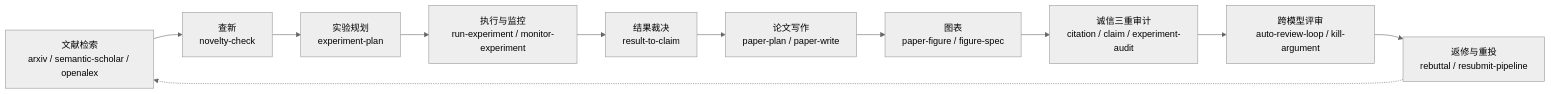
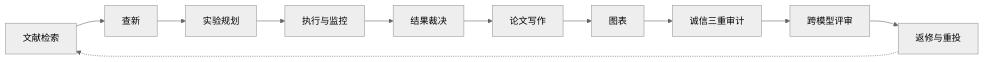
The diagram in README.md (jiangfeng-strathclyde/Athena), drawn with Mermaid (neutral theme) before and after one commit. The commit also changed other lines of this file and 1 other file, not shown here.

````diff
--- a/README.md
+++ b/README.md
@@ -29,13 +125,13 @@
 ```mermaid
 flowchart LR
-  A[文献检索<br/>arxiv / semantic-scholar / openalex] --> B[查新<br/>novelty-check]
-  B --> C[实验规划<br/>experiment-plan]
-  C --> D[执行与监控<br/>run-experiment / monitor-experiment]
-  D --> E[结果裁决<br/>result-to-claim]
-  E --> F[论文写作<br/>paper-plan / paper-write]
-  F --> G[图表<br/>paper-figure / figure-spec]
-  G --> H[诚信三重审计<br/>citation / claim / experiment-audit]
-  H --> I[跨模型评审<br/>auto-review-loop / kill-argument]
-  I --> J[返修与重投<br/>rebuttal / resubmit-pipeline]
+  A[文献检索] --> B[查新]
+  B --> C[实验规划]
+  C --> D[执行与监控]
+  D --> E[结果裁决]
+  E --> F[论文写作]
+  F --> G[图表]
+  G --> H[诚信三重审计]
+  H --> I[跨模型评审]
+  I --> J[返修与重投]
   J -.-> A
 ```
````
